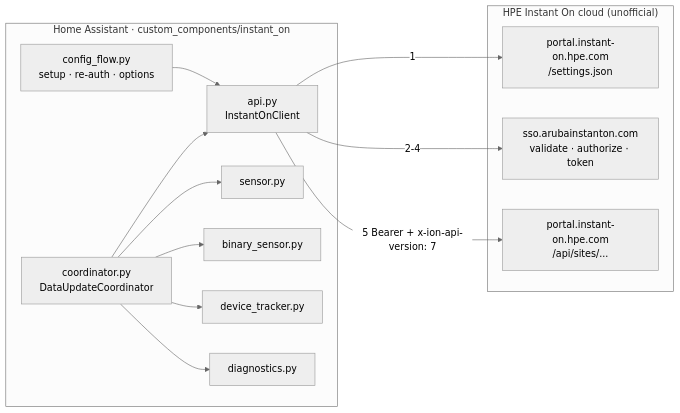
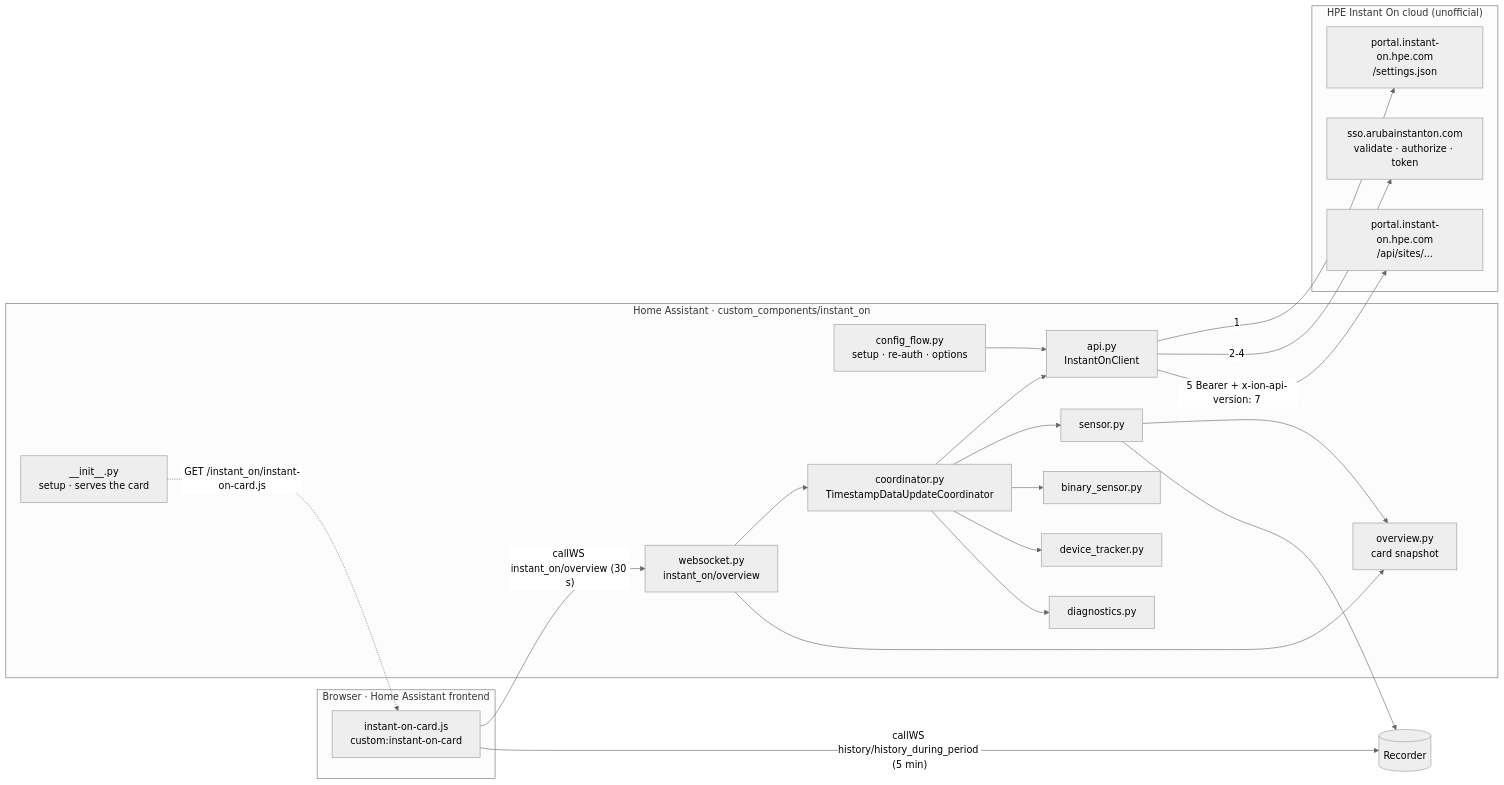
The first of 2 diagrams in docs/ARCHITECTURE.md (grahamfairbank/ha-instant-on), drawn with Mermaid (neutral theme) before and after one commit. The commit also changed other lines of this file and 9 other files, not shown here.

````diff
--- a/docs/ARCHITECTURE.md
+++ b/docs/ARCHITECTURE.md
@@ -7,23 +7,36 @@
 ```mermaid
 flowchart LR
+  subgraph Browser["Browser · Home Assistant frontend"]
+    CARD[instant-on-card.js<br/>custom:instant-on-card]
+  end
   subgraph HA["Home Assistant · custom_components/instant_on"]
+    INIT[__init__.py<br/>setup · serves the card]
     CF[config_flow.py<br/>setup · re-auth · options]
-    CO[coordinator.py<br/>DataUpdateCoordinator]
+    CO[coordinator.py<br/>TimestampDataUpdateCoordinator]
     API[api.py<br/>InstantOnClient]
+    OV[overview.py<br/>card snapshot]
+    WS[websocket.py<br/>instant_on/overview]
     S[sensor.py]
     B[binary_sensor.py]
     T[device_tracker.py]
     D[diagnostics.py]
     CF --> API
     CO --> API
     CO --> S & B & T & D
+    WS --> CO
+    WS --> OV
+    S --> OV
   end
   subgraph Cloud["HPE Instant On cloud (unofficial)"]
     SET[portal.instant-on.hpe.com<br/>/settings.json]
     SSO[sso.arubainstanton.com<br/>validate · authorize · token]
     REST[portal.instant-on.hpe.com<br/>/api/sites/...]
   end
+  INIT -. "GET /instant_on/instant-on-card.js" .-> CARD
+  CARD -- "callWS instant_on/overview (30 s)" --> WS
+  CARD -- "callWS history/history_during_period (5 min)" --> REC[(Recorder)]
+  S --> REC
   API -->|1| SET
   API -->|2-4| SSO
   API -->|5 Bearer + x-ion-api-version: 7| REST
 ```
````
